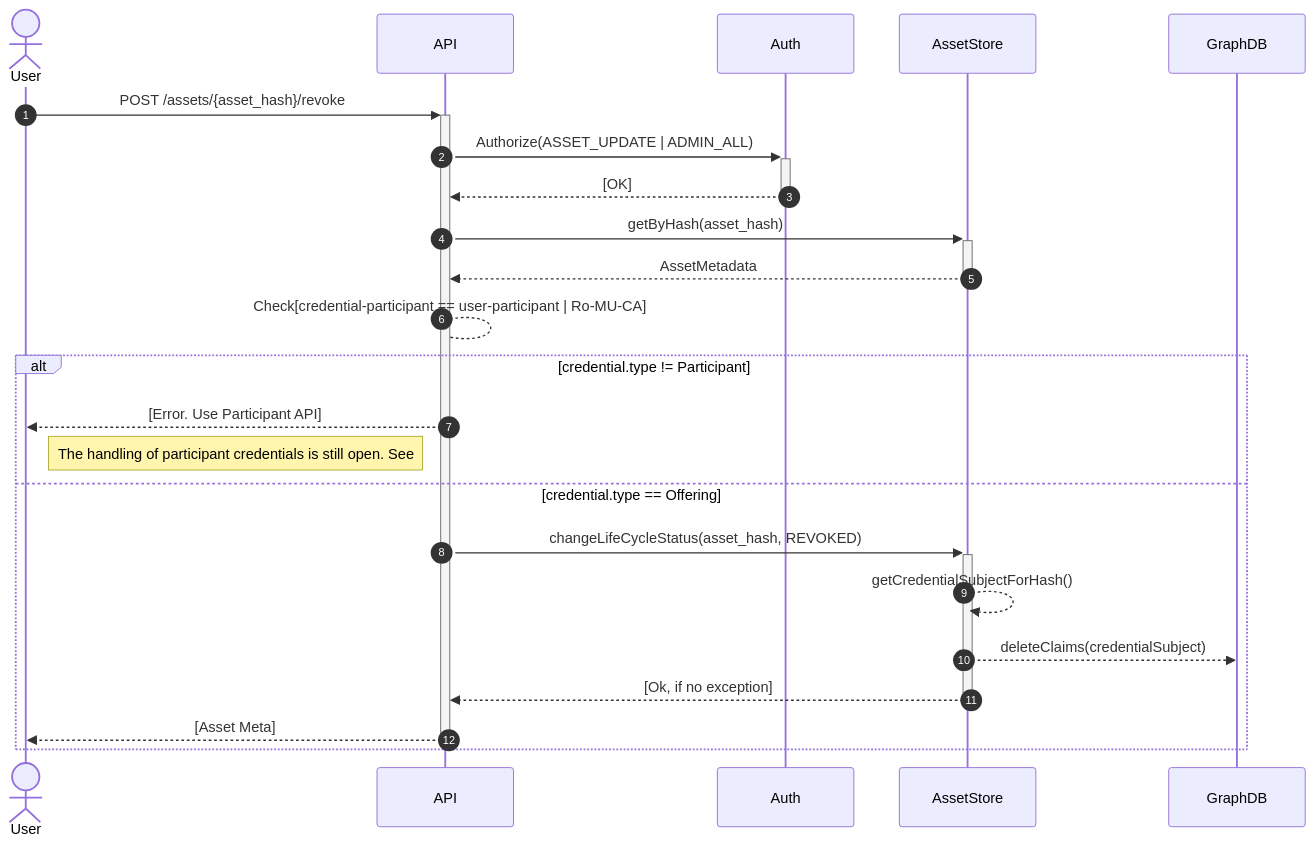
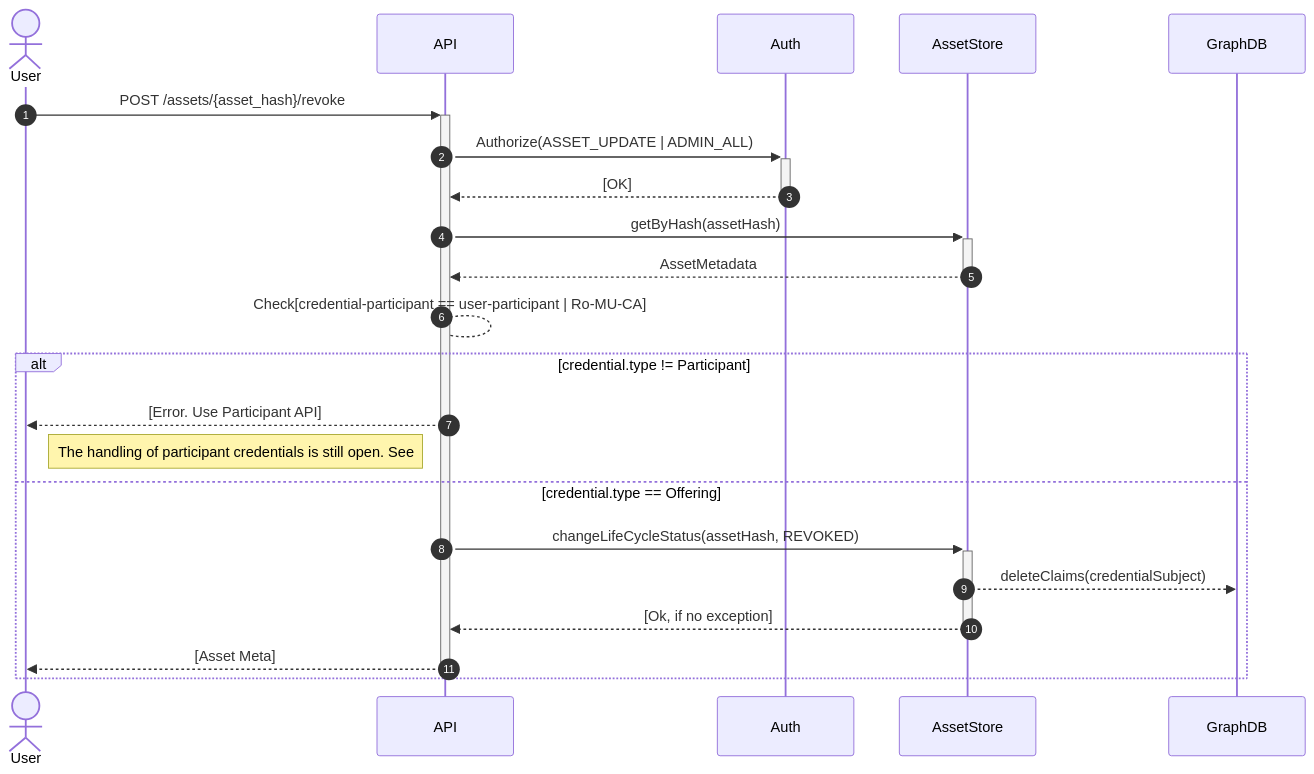
Diagram 19 of 35 in federated-catalogue/src/docs/architecture/chapters/06_runtime_view.adoc (federated-catalogue-enhancements-2026/docs), drawn with Mermaid before and after one commit. The commit also changed other lines of this file and 4 other files, not shown here.

```diff
--- a/federated-catalogue/src/docs/architecture/chapters/06_runtime_view.adoc
+++ b/federated-catalogue/src/docs/architecture/chapters/06_runtime_view.adoc
@@ -667,25 +673,24 @@
 [mermaid, width=2000]
 ....
 sequenceDiagram
     autonumber
     actor User
     participant API
     participant Auth
     participant AssetStore as AssetStore
     User ->> + API:POST /assets/{asset_hash}/revoke
     API ->> + Auth:Authorize(ASSET_UPDATE | ADMIN_ALL)
     Auth -->> - API:[OK]
-    API ->> + AssetStore: getByHash(asset_hash)
+    API ->> + AssetStore: getByHash(assetHash)
     AssetStore -->> - API: AssetMetadata
     API --> API:Check[credential-participant == user-participant | Ro-MU-CA]
     alt credential.type != Participant
         API -->> User: [Error. Use Participant API]
         Note right of User: The handling of participant credentials is still open. See #6
     else credential.type == Offering
-        API ->> + AssetStore: changeLifeCycleStatus(asset_hash, REVOKED)
-        AssetStore -->> AssetStore: getCredentialSubjectForHash()
+        API ->> + AssetStore: changeLifeCycleStatus(assetHash, REVOKED)
         AssetStore -->> GraphDB: deleteClaims(credentialSubject)
         AssetStore -->> - API: [Ok, if no exception]
         API -->> - User:[Asset Meta]
     end
 ....
```
